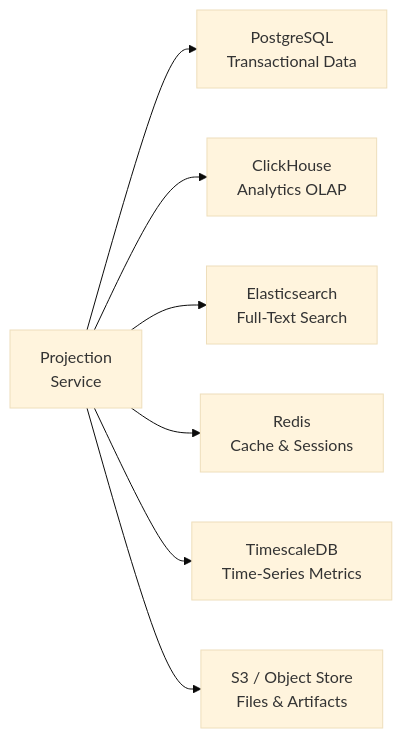
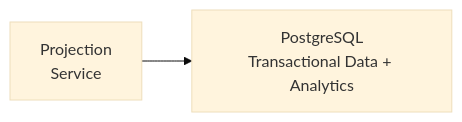
Before and after one commit to matalvesdev/cloudbuilder: diagram 18 of 34 in docs/architecture/README.md, drawn with Mermaid (base theme). The commit also changed other lines of this file and 159 other files, not shown here.

````diff
--- a/docs/architecture/README.md
+++ b/docs/architecture/README.md
@@ -886,11 +893,6 @@
 ```mermaid
 flowchart LR
     ProjectionService["Projection\nService"]
 
-    ProjectionService --> PostgreSQL["PostgreSQL\nTransactional Data"]
-    ProjectionService --> ClickHouse["ClickHouse\nAnalytics OLAP"]
-    ProjectionService --> Elasticsearch["Elasticsearch\nFull-Text Search"]
-    ProjectionService --> Redis["Redis\nCache & Sessions"]
-    ProjectionService --> TimescaleDB["TimescaleDB\nTime-Series Metrics"]
-    ProjectionService --> S3["S3 / Object Store\nFiles & Artifacts"]
+    ProjectionService --> PostgreSQL["PostgreSQL\nTransactional Data + Analytics"]
 ```
````
